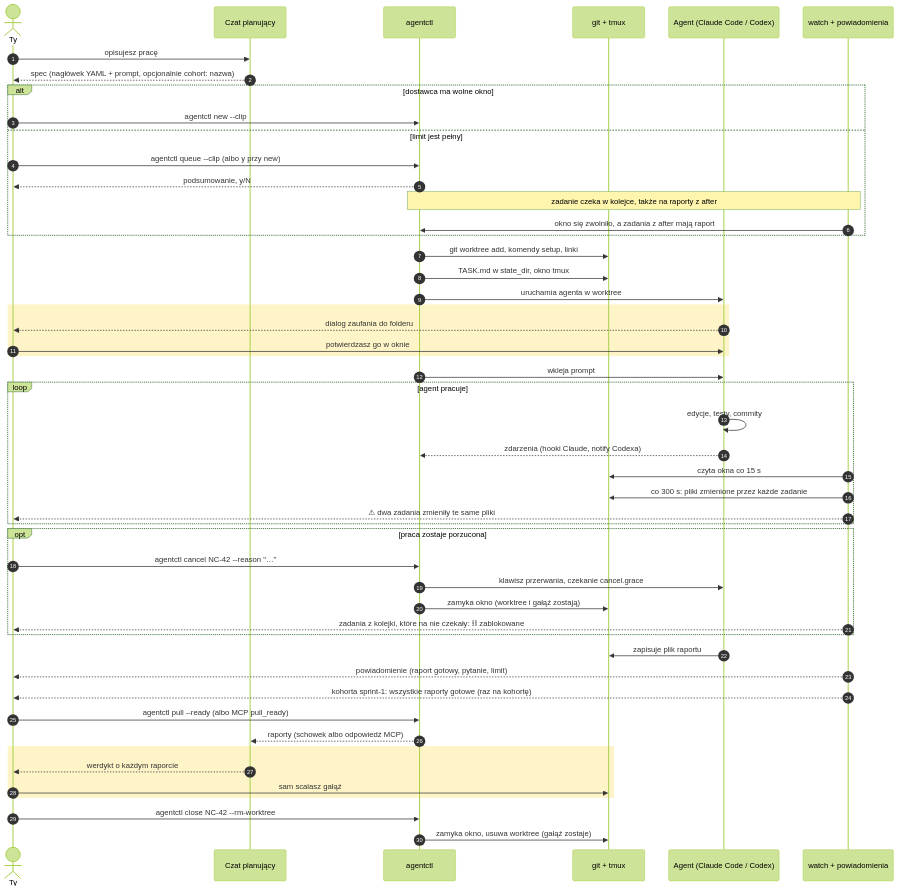
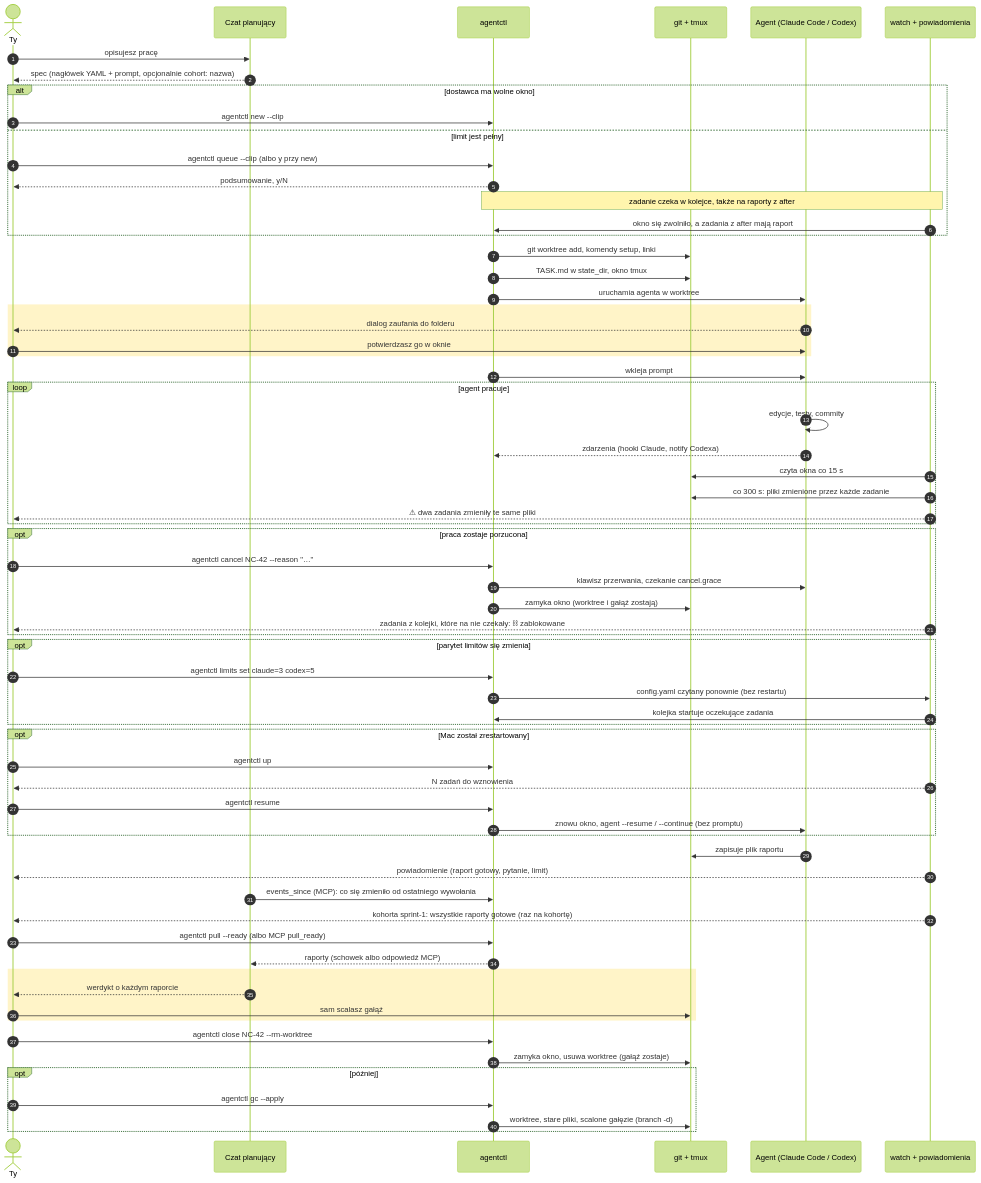
One commit to Setech-pl/agentctl changed the first of 3 diagrams in README.pl.md. Above: the diagram before and after it, drawn with Mermaid (forest theme). The commit also changed other lines of this file and 8 other files, not shown here.

Commit message:
Documentation for 0.12.0: Limits, Events for the chat, Cleaning up and Resuming in both READMEs (agentctl up in the daily loop), details (reload, journal, gc, resume), configuration, mcp, diagrams (reload, journal, ps, resume, gc), CHANGELOG, version 0.12.0

````diff
--- a/README.pl.md
+++ b/README.pl.md
@@ -29,53 +32,69 @@
 ```mermaid
 sequenceDiagram
     autonumber
     actor H as Ty
     participant C as Czat planujący
     participant A as agentctl
     participant G as git + tmux
     participant X as Agent (Claude Code / Codex)
     participant W as watch + powiadomienia
 
     H->>C: opisujesz pracę
     C-->>H: spec (nagłówek YAML + prompt, opcjonalnie cohort: nazwa)
     alt dostawca ma wolne okno
         H->>A: agentctl new --clip
     else limit jest pełny
         H->>A: agentctl queue --clip (albo y przy new)
         A-->>H: podsumowanie, y/N
         Note over A,W: zadanie czeka w kolejce, także na raporty z after
         W->>A: okno się zwolniło, a zadania z after mają raport
     end
     A->>G: git worktree add, komendy setup, linki
     A->>G: TASK.md w state_dir, okno tmux
     A->>X: uruchamia agenta w worktree
     rect rgb(255, 244, 200)
     X-->>H: dialog zaufania do folderu
     H->>X: potwierdzasz go w oknie
     end
     A->>X: wkleja prompt
     loop agent pracuje
         X->>X: edycje, testy, commity
         X-->>A: zdarzenia (hooki Claude, notify Codexa)
         W->>G: czyta okna co 15 s
         W->>G: co 300 s: pliki zmienione przez każde zadanie
         W-->>H: ⚠ dwa zadania zmieniły te same pliki
     end
     opt praca zostaje porzucona
         H->>A: agentctl cancel NC-42 --reason "…"
         A->>X: klawisz przerwania, czekanie cancel.grace
         A->>G: zamyka okno (worktree i gałąź zostają)
         W-->>H: zadania z kolejki, które na nie czekały: ⛓ zablokowane
     end
+    opt parytet limitów się zmienia
+        H->>A: agentctl limits set claude=3 codex=5
+        A->>W: config.yaml czytany ponownie (bez restartu)
+        W->>A: kolejka startuje oczekujące zadania
+    end
+    opt Mac został zrestartowany
+        H->>A: agentctl up
+        W-->>H: N zadań do wznowienia
+        H->>A: agentctl resume
+        A->>X: znowu okno, agent --resume / --continue (bez promptu)
+    end
     X->>G: zapisuje plik raportu
     W-->>H: powiadomienie (raport gotowy, pytanie, limit)
+    C->>A: events_since (MCP): co się zmieniło od ostatniego wywołania
     W-->>H: kohorta sprint-1: wszystkie raporty gotowe (raz na kohortę)
     H->>A: agentctl pull --ready (albo MCP pull_ready)
     A-->>C: raporty (schowek albo odpowiedź MCP)
     rect rgb(255, 244, 200)
     C-->>H: werdykt o każdym raporcie
     H->>G: sam scalasz gałąź
     end
     H->>A: agentctl close NC-42 --rm-worktree
     A->>G: zamyka okno, usuwa worktree (gałąź zostaje)
+    opt później
+        H->>A: agentctl gc --apply
+        A->>G: worktree, stare pliki, scalone gałęzie (branch -d)
+    end
 ```
````
